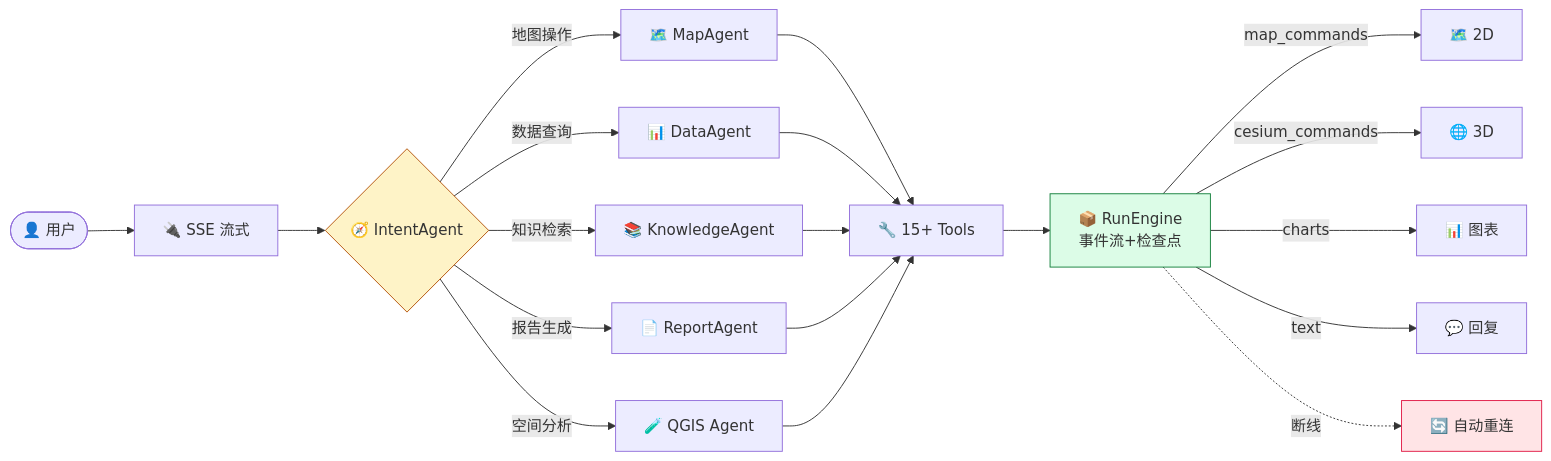
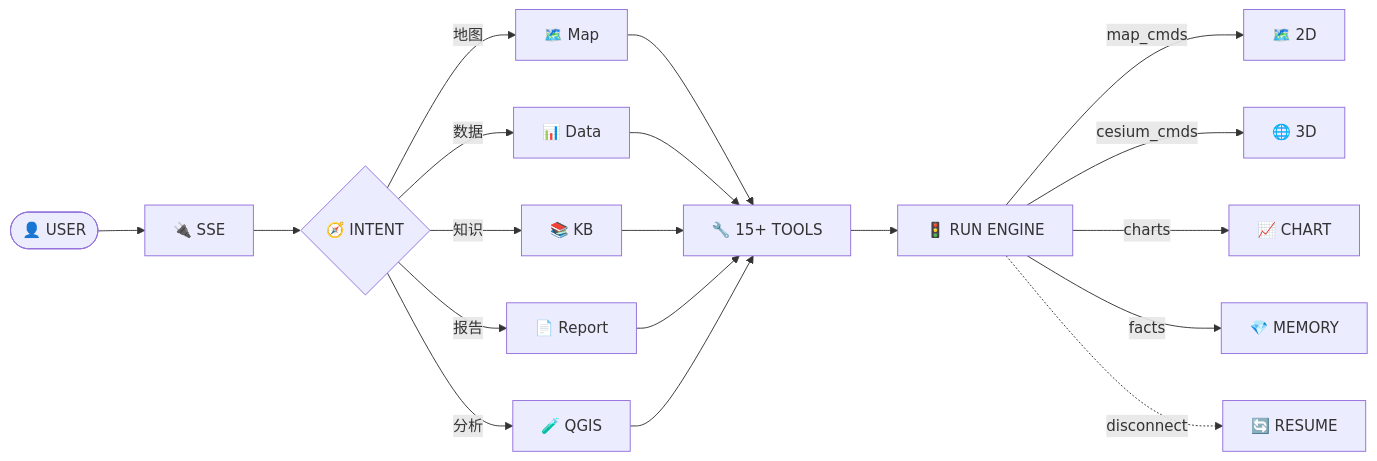
Before and after one commit to PotatoH-cmd/Smart_Map: the second of 2 diagrams in README.md, drawn with Mermaid. The commit also changed other lines of this file, not shown here.

````diff
--- a/README.md
+++ b/README.md
@@ -182,20 +224,16 @@
 ```mermaid
 flowchart LR
-    U(["👤 用户"]) --> SSE["🔌 SSE 流式"] --> I{"🧭 IntentAgent"}
-    I -->|"地图操作"| MA["🗺️ MapAgent"]
-    I -->|"数据查询"| DA["📊 DataAgent"]
-    I -->|"知识检索"| KA["📚 KnowledgeAgent"]
-    I -->|"报告生成"| RA["📄 ReportAgent"]
-    I -->|"空间分析"| QA["🧪 QGIS Agent"]
-    MA & DA & KA & RA & QA --> T["🔧 15+ Tools"]
-    T --> R["📦 RunEngine<br/>事件流+检查点"]
-    R -->|"map_commands"| M2D["🗺️ 2D"]
-    R -->|"cesium_commands"| M3D["🌐 3D"]
-    R -->|"charts"| CH["📊 图表"]
-    R -->|"text"| TX["💬 回复"]
-    R -.->|"断线"| RC["🔄 自动重连"]
-
-    style I fill:#fef3c7,stroke:#b45309
-    style R fill:#dcfce7,stroke:#15803d
-    style RC fill:#ffe4e6,stroke:#e11d48
+    U(["👤 USER"]) --> SSE["🔌 SSE"] --> I{"🧭 INTENT"}
+    I -->|"地图"| MA["🗺️ Map"]
+    I -->|"数据"| DA["📊 Data"]
+    I -->|"知识"| KA["📚 KB"]
+    I -->|"报告"| RA["📄 Report"]
+    I -->|"分析"| QA["🧪 QGIS"]
+    MA & DA & KA & RA & QA --> T["🔧 15+ TOOLS"]
+    T --> R["🚦 RUN ENGINE"]
+    R -->|"map_cmds"| M2D["🗺️ 2D"]
+    R -->|"cesium_cmds"| M3D["🌐 3D"]
+    R -->|"charts"| CH["📈 CHART"]
+    R -->|"facts"| FM["💎 MEMORY"]
+    R -.->|"disconnect"| RC["🔄 RESUME"]
 ```
````
